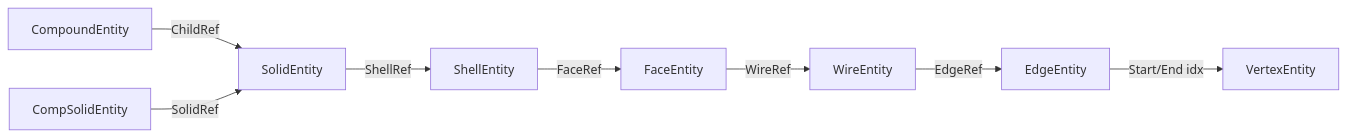
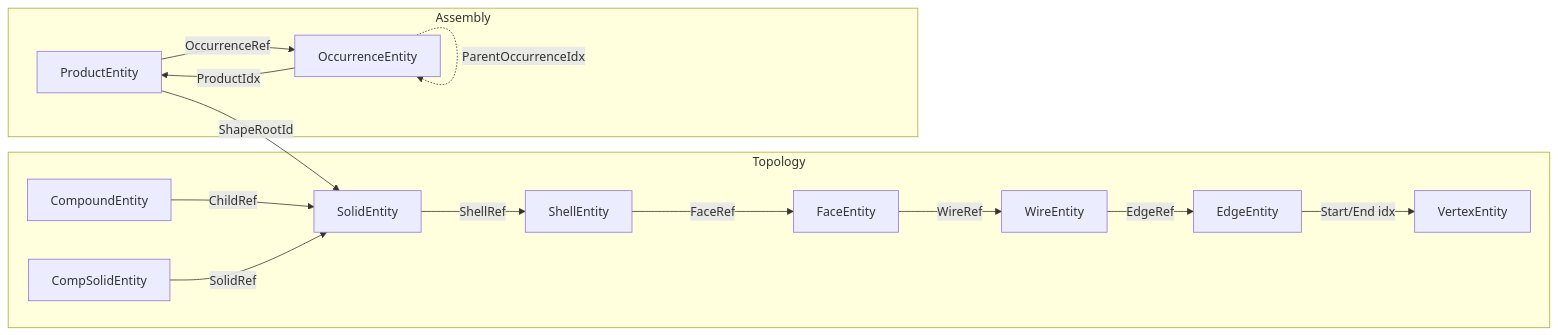
Before and after one commit to Open-Cascade-SAS/OCCT: the third of 6 diagrams in src/ModelingData/TKBRep/BRepGraphInc/ARCHITECTURE.md, drawn with Mermaid. The commit also changed other lines of this file and 27 other files, not shown here.

````diff
--- a/src/ModelingData/TKBRep/BRepGraphInc/ARCHITECTURE.md
+++ b/src/ModelingData/TKBRep/BRepGraphInc/ARCHITECTURE.md
@@ -50,10 +58,19 @@
 ```mermaid
 flowchart LR
-  F[FaceEntity] -->|WireRef| W[WireEntity]
-  W -->|EdgeRef| E[EdgeEntity]
-  E -->|Start/End idx| V[VertexEntity]
-  SH[ShellEntity] -->|FaceRef| F
-  SO[SolidEntity] -->|ShellRef| SH
-  CO[CompoundEntity] -->|ChildRef| SO
-  CS[CompSolidEntity] -->|SolidRef| SO
+  subgraph Topology
+    F[FaceEntity] -->|WireRef| W[WireEntity]
+    W -->|EdgeRef| E[EdgeEntity]
+    E -->|Start/End idx| V[VertexEntity]
+    SH[ShellEntity] -->|FaceRef| F
+    SO[SolidEntity] -->|ShellRef| SH
+    CO[CompoundEntity] -->|ChildRef| SO
+    CS[CompSolidEntity] -->|SolidRef| SO
+  end
+
+  subgraph Assembly
+    PR[ProductEntity] -->|OccurrenceRef| OC[OccurrenceEntity]
+    PR -->|ShapeRootId| SO
+    OC -->|ProductIdx| PR
+    OC -.->|ParentOccurrenceIdx| OC
+  end
 ```
````
